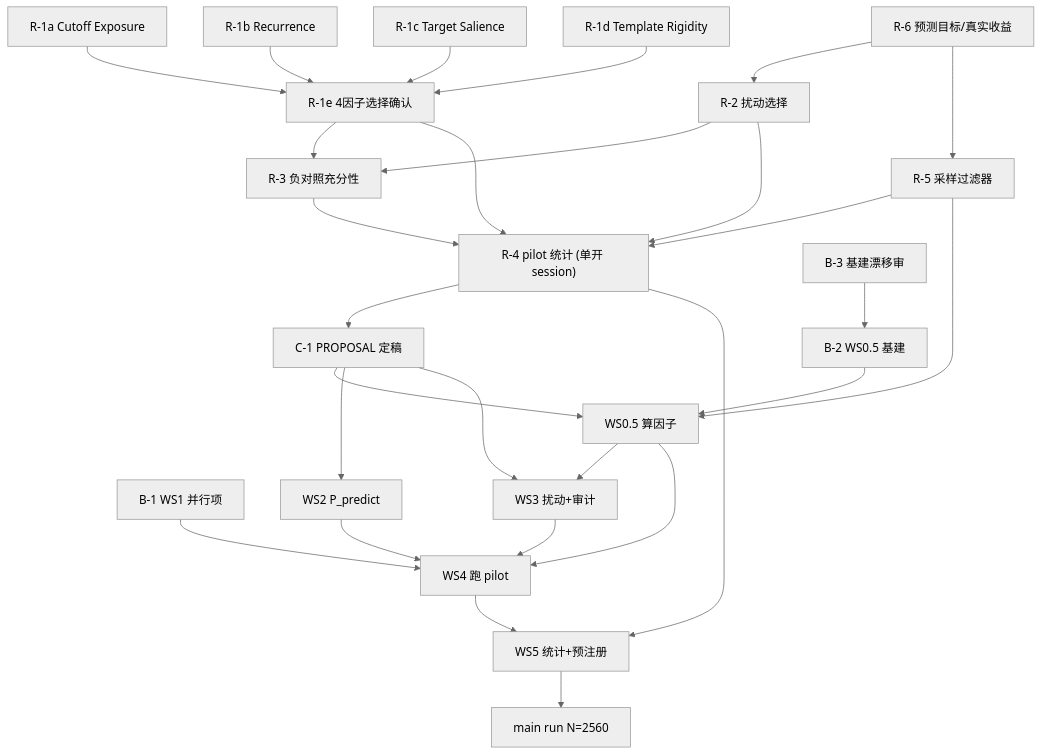
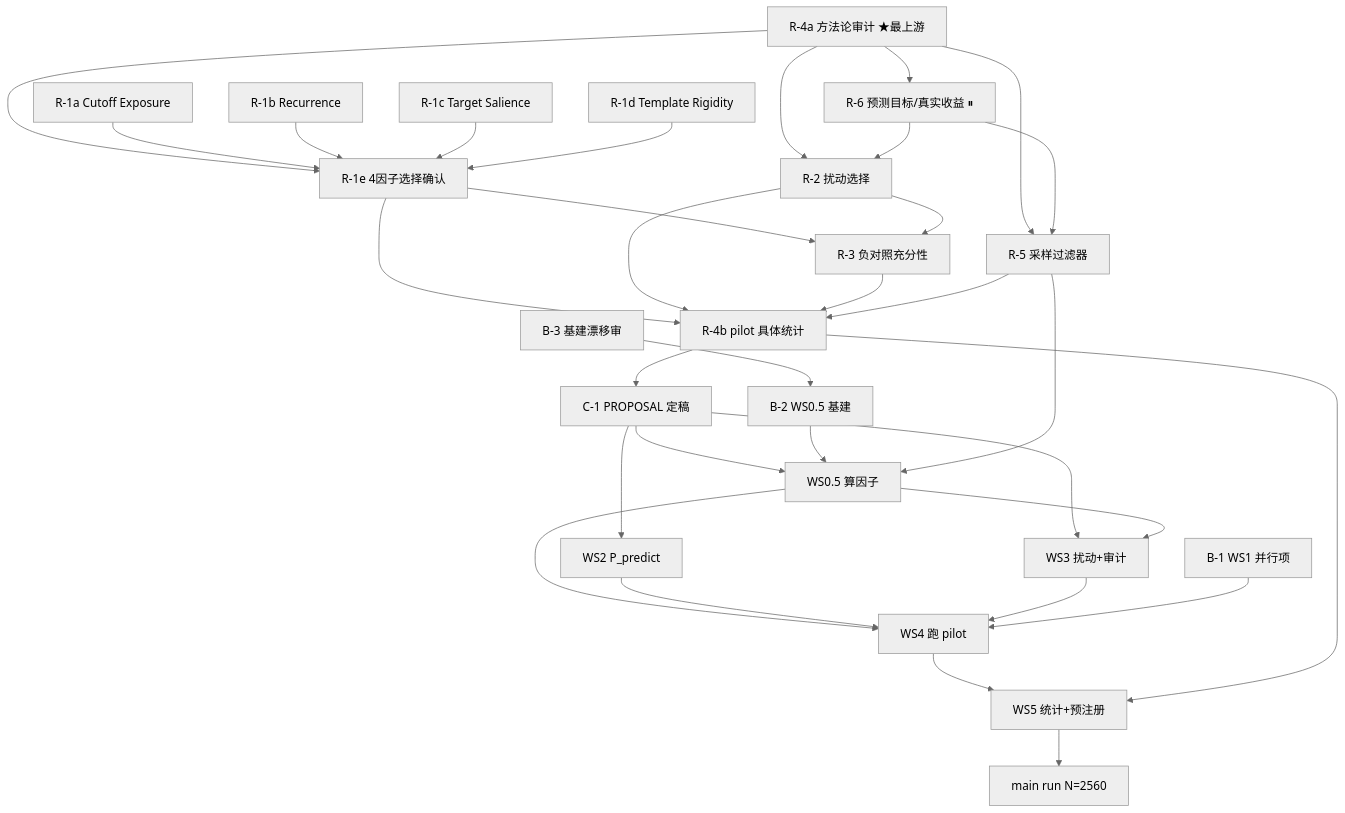
One commit to HDLiter/LLM-Leakage-Test changed the diagram in plans/worktable.md. Above: the diagram before and after it, drawn with Mermaid (neutral theme). The commit also changed other lines of this file and 2 other files, not shown here.

````diff
--- a/plans/worktable.md
+++ b/plans/worktable.md
@@ -80,51 +81,56 @@
 ```mermaid
 flowchart TD
-    R6["R-6 预测目标/真实收益"]
+    R4a["R-4a 方法论审计 ★最上游"]
+    R6["R-6 预测目标/真实收益 ⏸"]
     R1a["R-1a Cutoff Exposure"]
     R1b["R-1b Recurrence"]
     R1c["R-1c Target Salience"]
     R1d["R-1d Template Rigidity"]
     R1e["R-1e 4因子选择确认"]
     R2["R-2 扰动选择"]
     R5["R-5 采样过滤器"]
     R3["R-3 负对照充分性"]
-    R4["R-4 pilot 统计 (单开 session)"]
+    R4b["R-4b pilot 具体统计"]
     B3["B-3 基建漂移审"]
     B2["B-2 WS0.5 基建"]
     B1["B-1 WS1 并行项"]
     C1["C-1 PROPOSAL 定稿"]
     WS05["WS0.5 算因子"]
     WS2["WS2 P_predict"]
     WS3["WS3 扰动+审计"]
     WS4["WS4 跑 pilot"]
     WS5["WS5 统计+预注册"]
     MAIN["main run N=2560"]
 
+    R4a --> R6
+    R4a --> R1e
+    R4a --> R2
+    R4a --> R5
     R1a --> R1e
     R1b --> R1e
     R1c --> R1e
     R1d --> R1e
     R6 --> R2
     R6 --> R5
     R1e --> R3
     R2 --> R3
-    R1e --> R4
-    R2 --> R4
-    R3 --> R4
-    R5 --> R4
+    R1e --> R4b
+    R2 --> R4b
+    R3 --> R4b
+    R5 --> R4b
     B3 --> B2
-    R4 --> C1
+    R4b --> C1
     C1 --> WS05
     C1 --> WS2
     C1 --> WS3
     B2 --> WS05
     R5 --> WS05
     WS05 --> WS3
     WS05 --> WS4
     WS2 --> WS4
     WS3 --> WS4
     B1 --> WS4
     WS4 --> WS5
-    R4 --> WS5
+    R4b --> WS5
     WS5 --> MAIN
 ```
````
